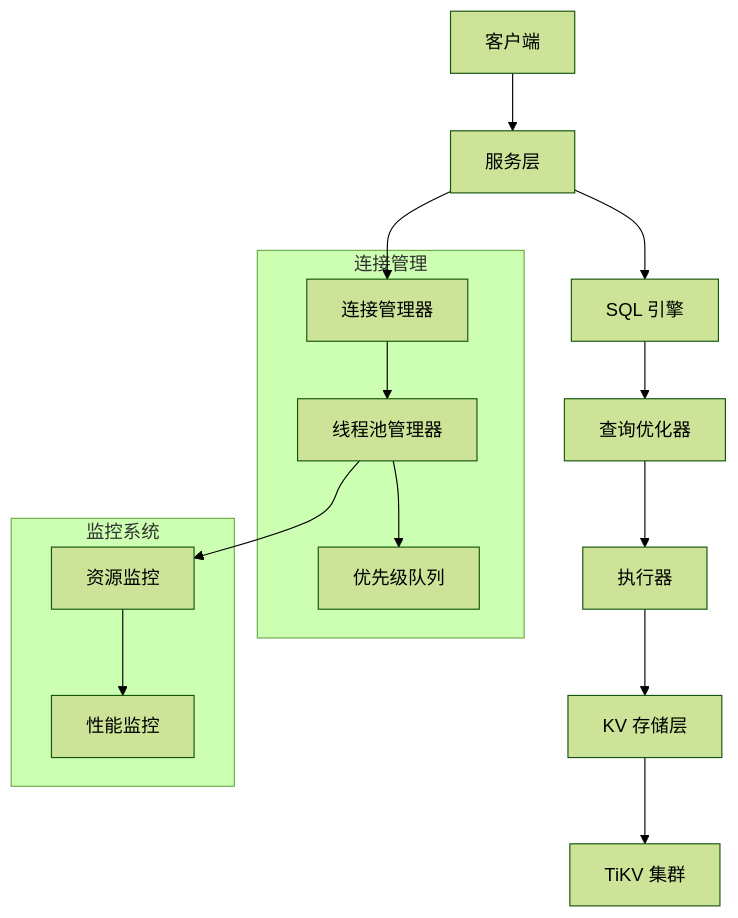
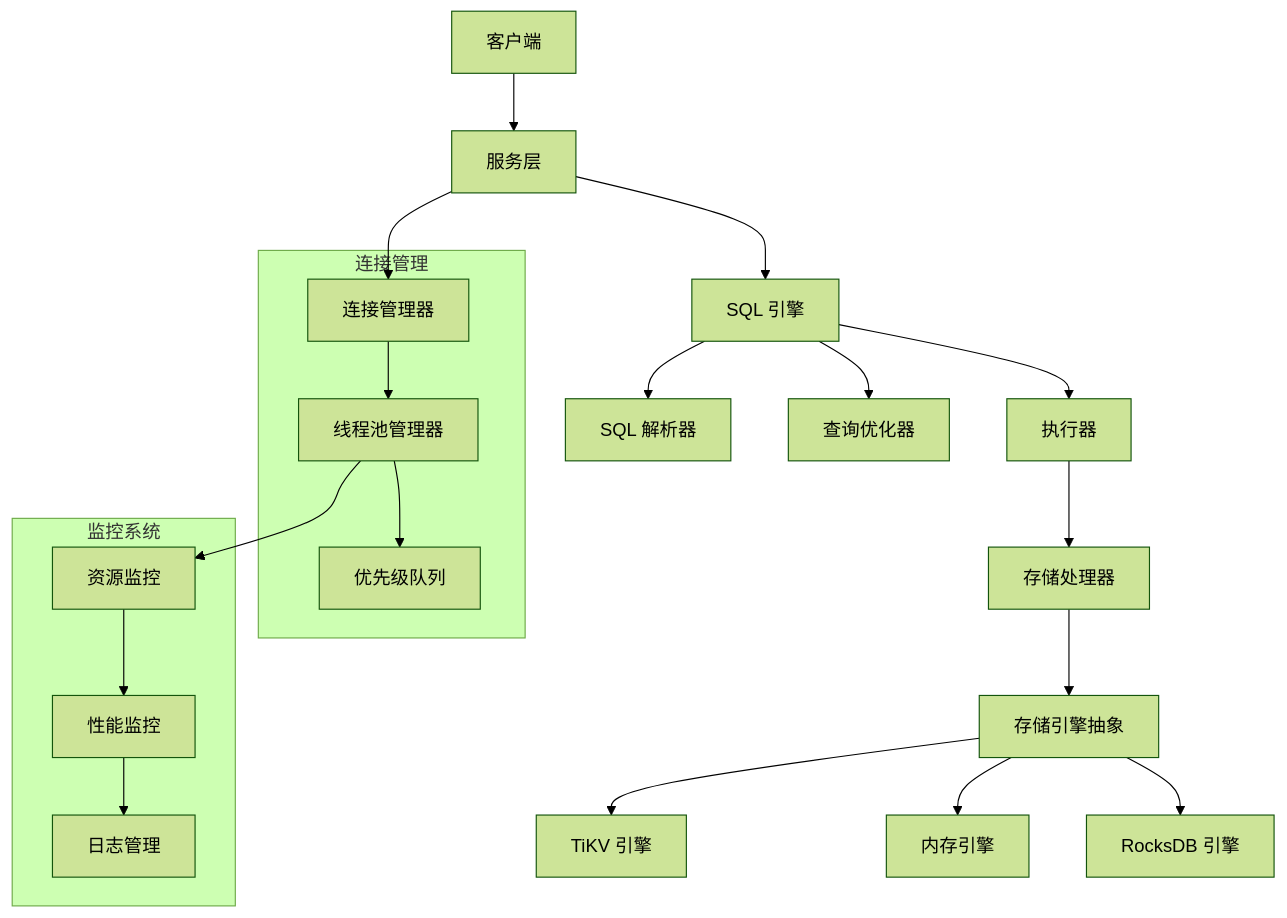
The first of 5 diagrams in docs/architecture.md (sealdb/sealdb), drawn with Mermaid (forest theme) before and after one commit. The commit also changed other lines of this file and 44 other files, not shown here.

````diff
--- a/docs/architecture.md
+++ b/docs/architecture.md
@@ -9,27 +9,33 @@
 ```mermaid
 graph TB
     Client[客户端] --> Server[服务层]
     Server --> SQL[SQL 引擎]
+    SQL --> Parser[SQL 解析器]
     SQL --> Optimizer[查询优化器]
-    Optimizer --> Executor[执行器]
-    Executor --> KV[KV 存储层]
-    KV --> TiKV[TiKV 集群]
-    
+    SQL --> Executor[执行器]
+    Executor --> StorageHandler[存储处理器]
+    StorageHandler --> StorageEngine[存储引擎抽象]
+    StorageEngine --> TiKVEngine[TiKV 引擎]
+    StorageEngine --> MemoryEngine[内存引擎]
+    StorageEngine --> RocksDBEngine[RocksDB 引擎]
+
     subgraph "连接管理"
         CM[连接管理器]
         TP[线程池管理器]
         PQ[优先级队列]
     end
-    
+
     Server --> CM
     CM --> TP
     TP --> PQ
-    
+
     subgraph "监控系统"
         RM[资源监控]
         PM[性能监控]
+        LM[日志管理]
     end
-    
+
     TP --> RM
     RM --> PM
+    PM --> LM
 ```
````
